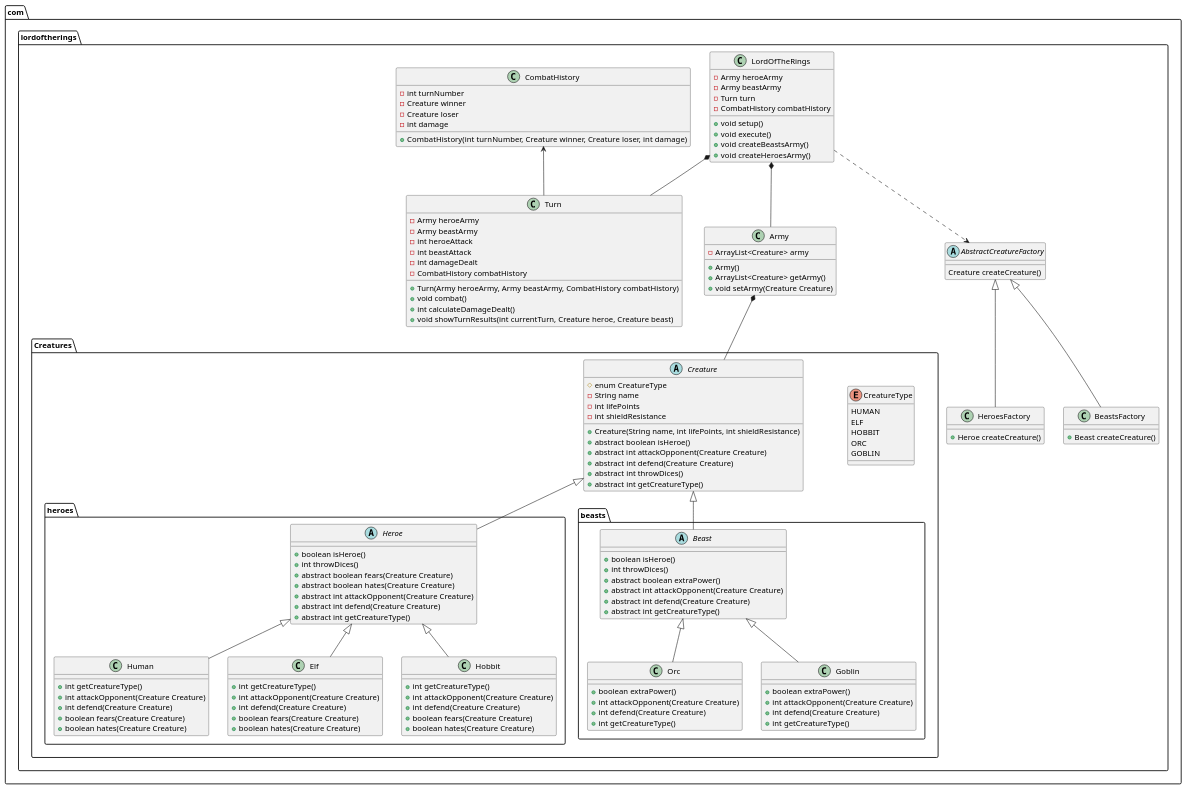
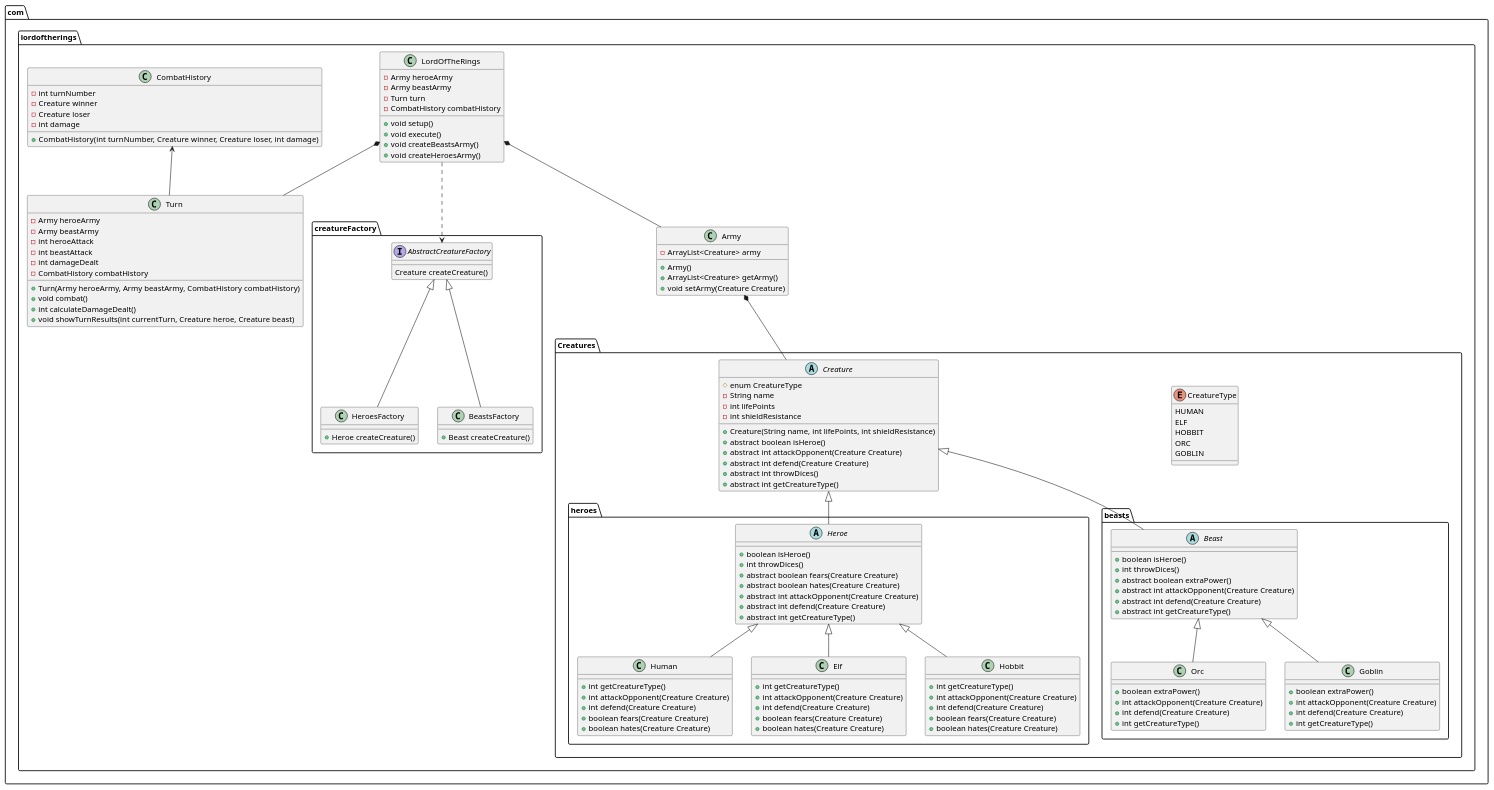
One commit to daniel-Lopez-telus/LordOfTheRings changed the diagram in docs/ClassDiagram.puml. Above: the diagram before and after it, drawn with PlantUML.

Commit message:
class diagram upgraded

```diff
--- a/docs/ClassDiagram.puml
+++ b/docs/ClassDiagram.puml
@@ -1,166 +1,171 @@
 @startuml ClassDiagram
 
 package com.lordoftherings{
     class LordOfTheRings{
         -Army heroeArmy
         -Army beastArmy
         -Turn turn
         -CombatHistory combatHistory
 
         +void setup()
         +void execute()
         +void createBeastsArmy()
         +void createHeroesArmy()
     }
 
     class Turn{
         -Army heroeArmy
         -Army beastArmy
         -int heroeAttack
         -int beastAttack
         -int damageDealt
         -CombatHistory combatHistory
 
         +Turn(Army heroeArmy, Army beastArmy, CombatHistory combatHistory)
         +void combat()
         +int calculateDamageDealt()
         +void showTurnResults(int currentTurn, Creature heroe, Creature beast)
     }
 
     class CombatHistory{
         -int turnNumber
         -Creature winner
         -Creature loser
         -int damage
 
         +CombatHistory(int turnNumber, Creature winner, Creature loser, int damage)
     }
 
     package Creatures{
         enum CreatureType{
             HUMAN
             ELF
             HOBBIT
             ORC
             GOBLIN
         }
 
         abstract class Creature{
             #enum CreatureType
             -String name
             -int lifePoints
             -int shieldResistance
 
             +Creature(String name, int lifePoints, int shieldResistance)
             +abstract boolean isHeroe()
             +abstract int attackOpponent(Creature Creature)
             +abstract int defend(Creature Creature)
             +abstract int throwDices()
             +abstract int getCreatureType()
         }
 
         package heroes{
             abstract class Heroe{
                 +boolean isHeroe()
                 +int throwDices()
                 +abstract boolean fears(Creature Creature)
                 +abstract boolean hates(Creature Creature)
                 +abstract int attackOpponent(Creature Creature)
                 +abstract int defend(Creature Creature)
                 +abstract int getCreatureType()
             }
 
             class Human{            
                 +int getCreatureType()
                 +int attackOpponent(Creature Creature)
                 +int defend(Creature Creature)
                 +boolean fears(Creature Creature)
                 +boolean hates(Creature Creature)
             }
 
             class Elf{
                 +int getCreatureType()
                 +int attackOpponent(Creature Creature)
                 +int defend(Creature Creature)
                 +boolean fears(Creature Creature)
                 +boolean hates(Creature Creature)
             }
 
             class Hobbit{
                 +int getCreatureType()
                 +int attackOpponent(Creature Creature)
                 +int defend(Creature Creature)
                 +boolean fears(Creature Creature)
                 +boolean hates(Creature Creature)
             }
         }
 
         package beasts{
             abstract class Beast{
                 +boolean isHeroe()
                 +int throwDices()
                 +abstract boolean extraPower()
                 +abstract int attackOpponent(Creature Creature)
                 +abstract int defend(Creature Creature)
                 +abstract int getCreatureType()
             }
 
             class Orc{
                 +boolean extraPower()
                 +int attackOpponent(Creature Creature)
                 +int defend(Creature Creature)
                 +int getCreatureType()
             }
 
             class Goblin{
                 +boolean extraPower()
                 +int attackOpponent(Creature Creature)
                 +int defend(Creature Creature)
                 +int getCreatureType()
             }
         }
     }
 
     class Army{
         -ArrayList<Creature> army
 
         +Army()
         +ArrayList<Creature> getArmy()
         +void setArmy(Creature Creature)
     }
 
-    abstract class AbstractCreatureFactory {
+    package creatureFactory {
+        interface AbstractCreatureFactory {
         Creature createCreature()
     }
 
     class HeroesFactory {
         +Heroe createCreature()
     }
 
     class BeastsFactory {
         +Beast createCreature()
     }
+
+    }
+
+
 }
 
 LordOfTheRings *-- Turn
 LordOfTheRings *-- Army
 
 Army *-- Creature
 
 Creature <|-- Heroe
 Creature <|-- Beast
 
 Heroe <|-- Human
 Heroe <|-- Elf
 Heroe <|-- Hobbit
 
 Beast <|-- Orc
 Beast <|-- Goblin
 
 CombatHistory <-- Turn
 
 LordOfTheRings ..> AbstractCreatureFactory
 AbstractCreatureFactory <|-- HeroesFactory
 AbstractCreatureFactory <|-- BeastsFactory
 
 @enduml
```
